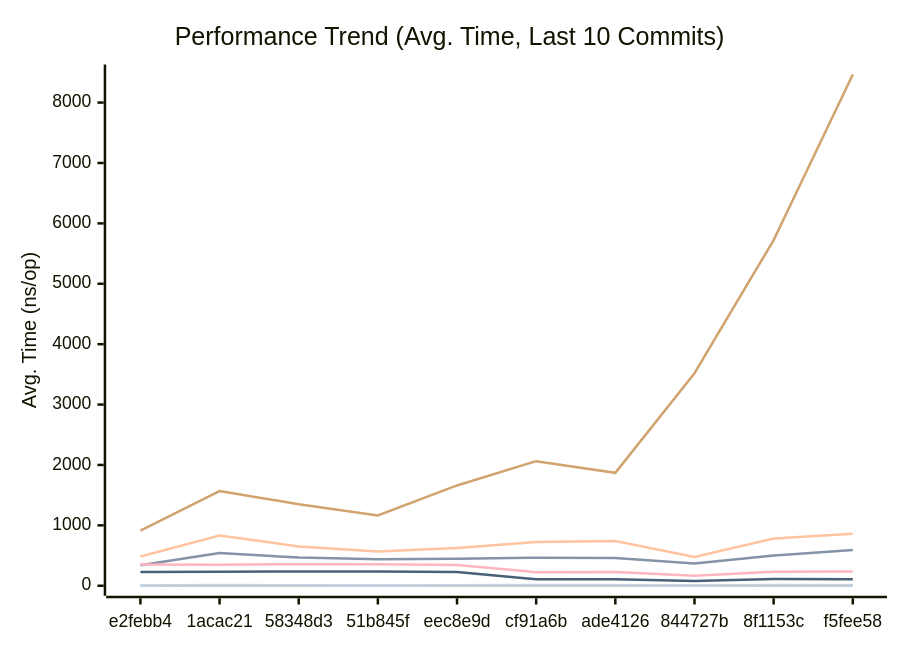
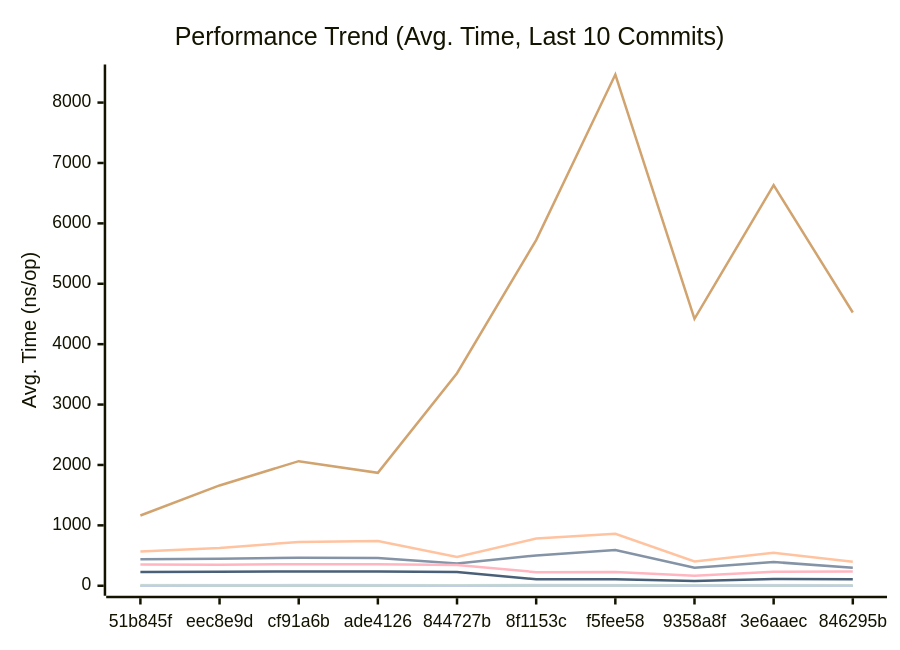
The first of 3 diagrams in docs/PERFORMANCE.md (alsotoes/momo), drawn with Mermaid before and after one commit. The commit also changed other lines of this file and 16 other files, not shown here.

````diff
--- a/docs/PERFORMANCE.md
+++ b/docs/PERFORMANCE.md
@@ -82,16 +80,16 @@
 ```mermaid
 xychart-beta
     title "Performance Trend (Avg. Time, Last 10 Commits)"
     x-axis "Commit"
     y-axis "Avg. Time (ns/op)"
-    x-axis [e2febb4,1acac21,58348d3,51b845f,eec8e9d,cf91a6b,ade4126,844727b,8f1153c,f5fee58]
-    line "CheckMetricsAndSwap" [8,15,14,11,11,15,13,10,15,14]
-    line "CrushOptimized" [341,544,466,437,449,463,458,370,501,592]
-    line "CrushOriginal" [484,833,650,568,624,726,740,478,781,860]
-    line "IndexDirectTracking" [1,1,1,0,0,1,1,0,1,1]
-    line "IndexSearch" [2,3,2,2,2,2,2,2,3,3]
-    line "LoadGlobalConfig" [912,1568,1350,1163,1661,2063,1870,3519,5724,8465]
-    line "PadString" [2,4,3,2,3,3,3,2,3,3]
+    x-axis [51b845f,eec8e9d,cf91a6b,ade4126,844727b,8f1153c,f5fee58,9358a8f,3e6aaec,846295b]
+    line "CheckMetricsAndSwap" [11,11,15,13,10,15,14,8,11,8]
+    line "CrushOptimized" [437,449,463,458,370,501,592,298,393,297]
+    line "CrushOriginal" [568,624,726,740,478,781,860,403,545,396]
+    line "IndexDirectTracking" [0,0,1,1,0,1,1,0,0,0]
+    line "IndexSearch" [2,2,2,2,2,3,3,2,2,2]
+    line "LoadGlobalConfig" [1163,1661,2063,1870,3519,5724,8465,4420,6633,4524]
+    line "PadString" [2,3,3,3,2,3,3,2,3,2]
     line "ParseReplicationOrder_NoPrealloc" [350,349,357,354,345,225,229,165,232,234]
     line "ParseReplicationOrder_Prealloc" [229,231,237,234,229,108,107,80,110,109]
 ```
````
